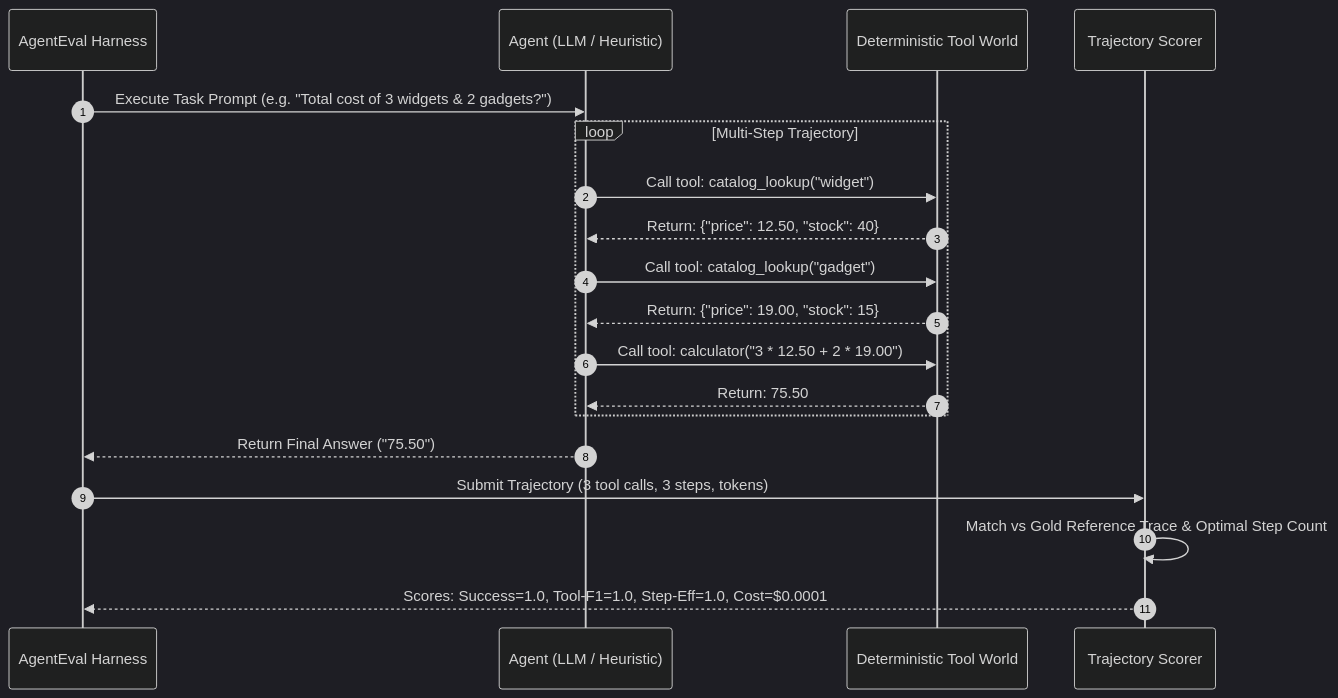
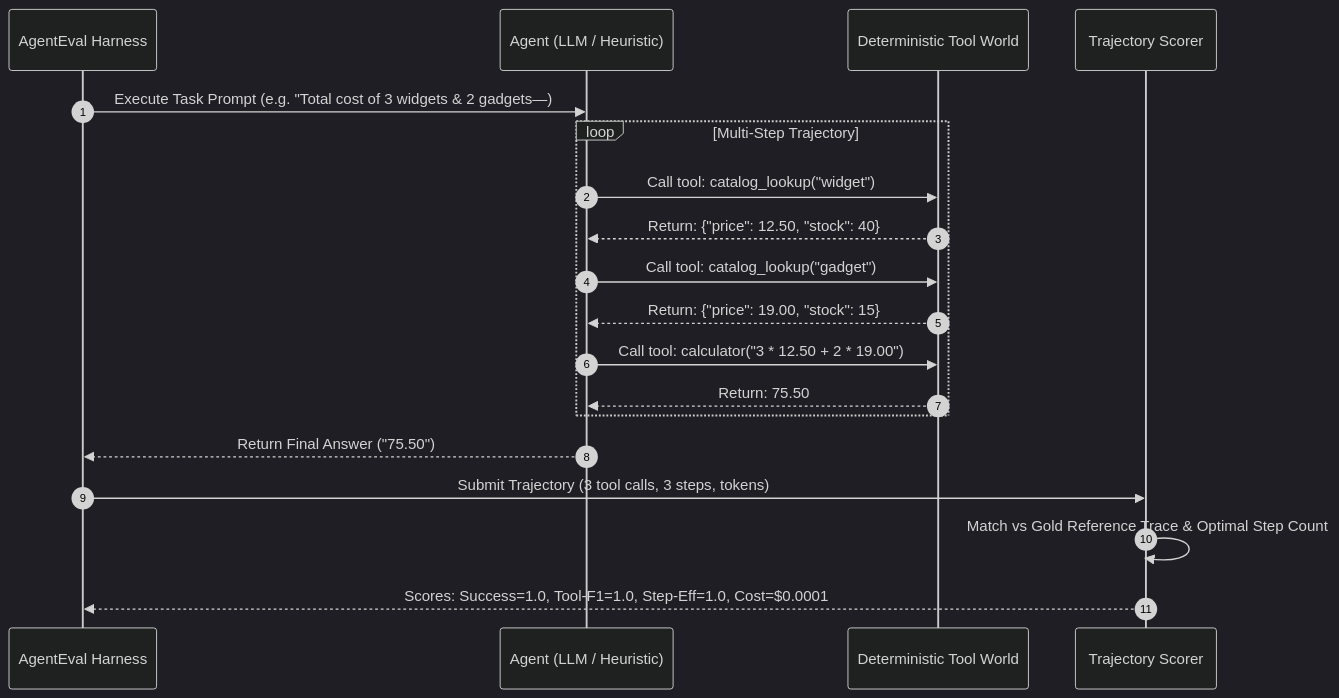
The second of 2 diagrams in README.md (nathaniel-gordon/agenteval), drawn with Mermaid (dark theme) before and after one commit. The commit also changed other lines of this file, not shown here.

````diff
--- a/README.md
+++ b/README.md
@@ -128,22 +128,22 @@
 ```mermaid
 sequenceDiagram
     autonumber
     participant H as AgentEval Harness
     participant A as Agent (LLM / Heuristic)
     participant E as Deterministic Tool World
     participant S as Trajectory Scorer
 
-    H->>A: Execute Task Prompt (e.g. "Total cost of 3 widgets & 2 gadgets?")
+    H->>A: Execute Task Prompt (e.g. "Total cost of 3 widgets & 2 gadgets—)
     loop Multi-Step Trajectory
         A->>E: Call tool: catalog_lookup("widget")
         E-->>A: Return: {"price": 12.50, "stock": 40}
         A->>E: Call tool: catalog_lookup("gadget")
         E-->>A: Return: {"price": 19.00, "stock": 15}
         A->>E: Call tool: calculator("3 * 12.50 + 2 * 19.00")
         E-->>A: Return: 75.50
     end
     A-->>H: Return Final Answer ("75.50")
     H->>S: Submit Trajectory (3 tool calls, 3 steps, tokens)
     S->>S: Match vs Gold Reference Trace & Optimal Step Count
     S-->>H: Scores: Success=1.0, Tool-F1=1.0, Step-Eff=1.0, Cost=$0.0001
 ```
````
